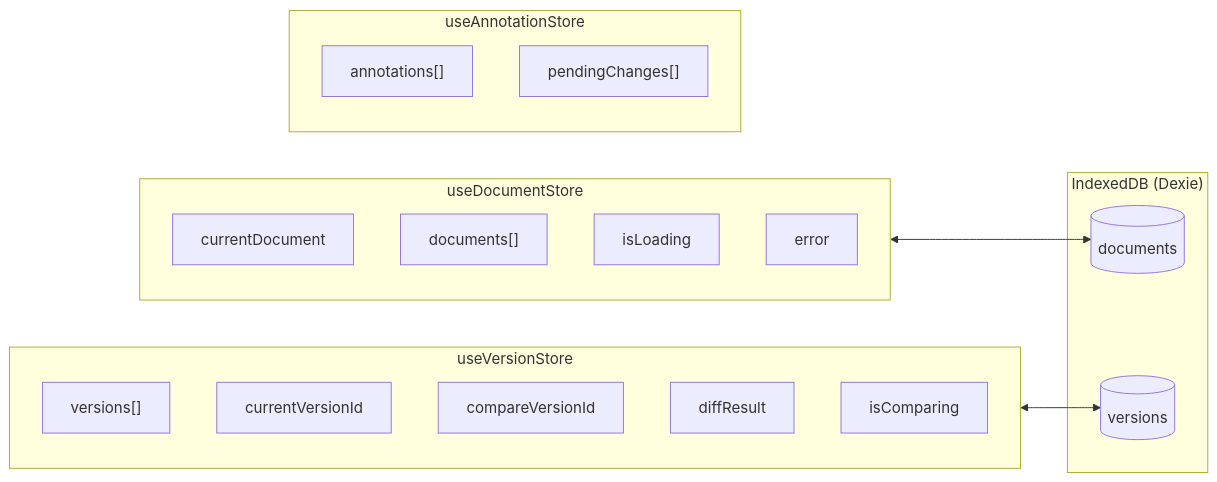
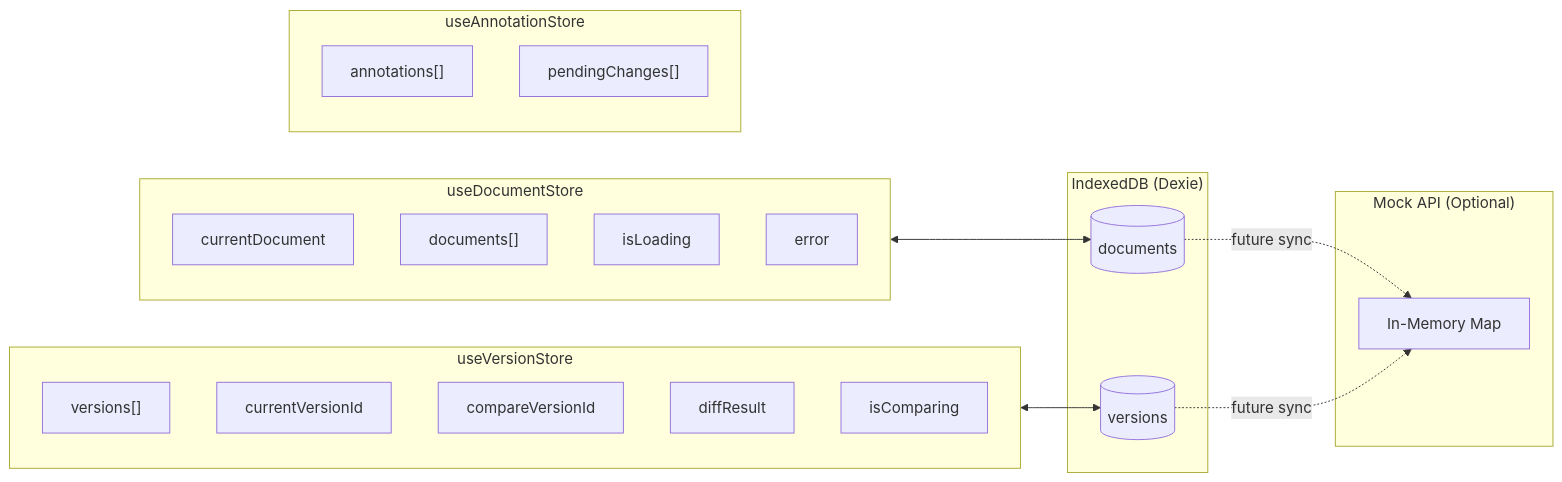
The fourth of 8 diagrams in ARCHITECTURE.md (hellosurbhi/pdf-review-tool), drawn with Mermaid before and after one commit. The commit also changed other lines of this file and 16 other files, not shown here.

First line of the commit message:
feat: mock backend API and UI polish

````diff
--- a/ARCHITECTURE.md
+++ b/ARCHITECTURE.md
@@ -240,30 +188,36 @@
 ```mermaid
 flowchart LR
     subgraph DocumentStore["useDocumentStore"]
         DS_Doc["currentDocument"]
         DS_Docs["documents[]"]
         DS_Loading["isLoading"]
         DS_Error["error"]
     end
 
     subgraph VersionStore["useVersionStore"]
         VS_Versions["versions[]"]
         VS_Current["currentVersionId"]
         VS_Compare["compareVersionId"]
         VS_Diff["diffResult"]
         VS_Comparing["isComparing"]
     end
 
     subgraph AnnotationStore["useAnnotationStore"]
         AS_Annotations["annotations[]"]
         AS_Changes["pendingChanges[]"]
     end
 
     subgraph IndexedDB["IndexedDB (Dexie)"]
         DB_Docs[("documents")]
         DB_Vers[("versions")]
     end
 
+    subgraph MockAPI["Mock API (Optional)"]
+        API_Store["In-Memory Map"]
+    end
+
     DocumentStore <--> DB_Docs
     VersionStore <--> DB_Vers
+    DB_Docs -.->|future sync| API_Store
+    DB_Vers -.->|future sync| API_Store
 ```
````
